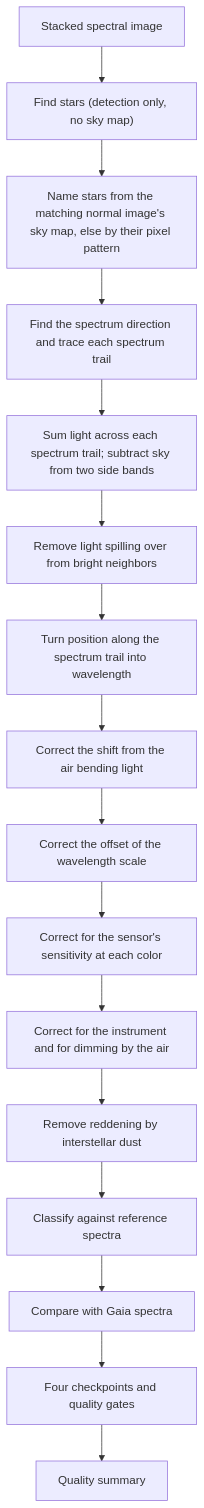
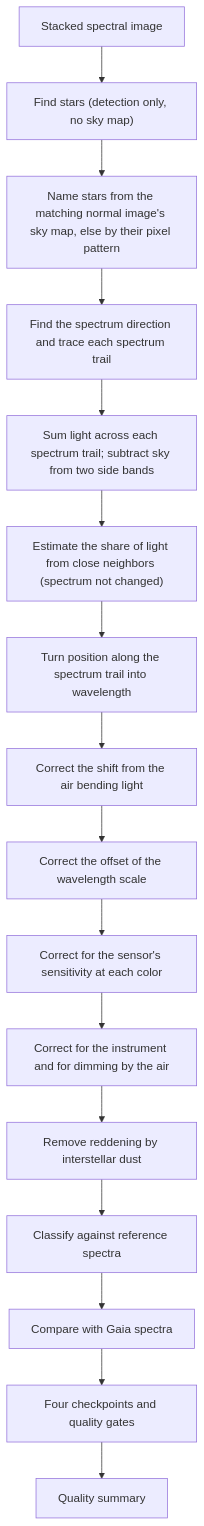
Before and after one commit to m1chae2/astrometrics: the diagram in documentation/library_design/pipelines/spectroscopy.md, drawn with Mermaid. The commit also changed other lines of this file and 1175 other files, not shown here.

````diff
--- a/documentation/library_design/pipelines/spectroscopy.md
+++ b/documentation/library_design/pipelines/spectroscopy.md
@@ -25,18 +25,18 @@
 ```mermaid
 flowchart TD
     A["Stacked spectral image"] --> B["Find stars (detection only, no sky map)"]
     B --> C["Name stars from the matching normal image's sky map, else by their pixel pattern"]
     C --> D["Find the spectrum direction and trace each spectrum trail"]
     D --> E["Sum light across each spectrum trail; subtract sky from two side bands"]
-    E --> F["Remove light spilling over from bright neighbors"]
+    E --> F["Estimate the share of light from close neighbors (spectrum not changed)"]
     F --> G["Turn position along the spectrum trail into wavelength"]
     G --> H["Correct the shift from the air bending light"]
     H --> I["Correct the offset of the wavelength scale"]
     I --> J["Correct for the sensor's sensitivity at each color"]
     J --> K["Correct for the instrument and for dimming by the air"]
     K --> L["Remove reddening by interstellar dust"]
     L --> M["Classify against reference spectra"]
     M --> N["Compare with Gaia spectra"]
     N --> O["Four checkpoints and quality gates"]
     O --> P["Quality summary"]
 ```
````
